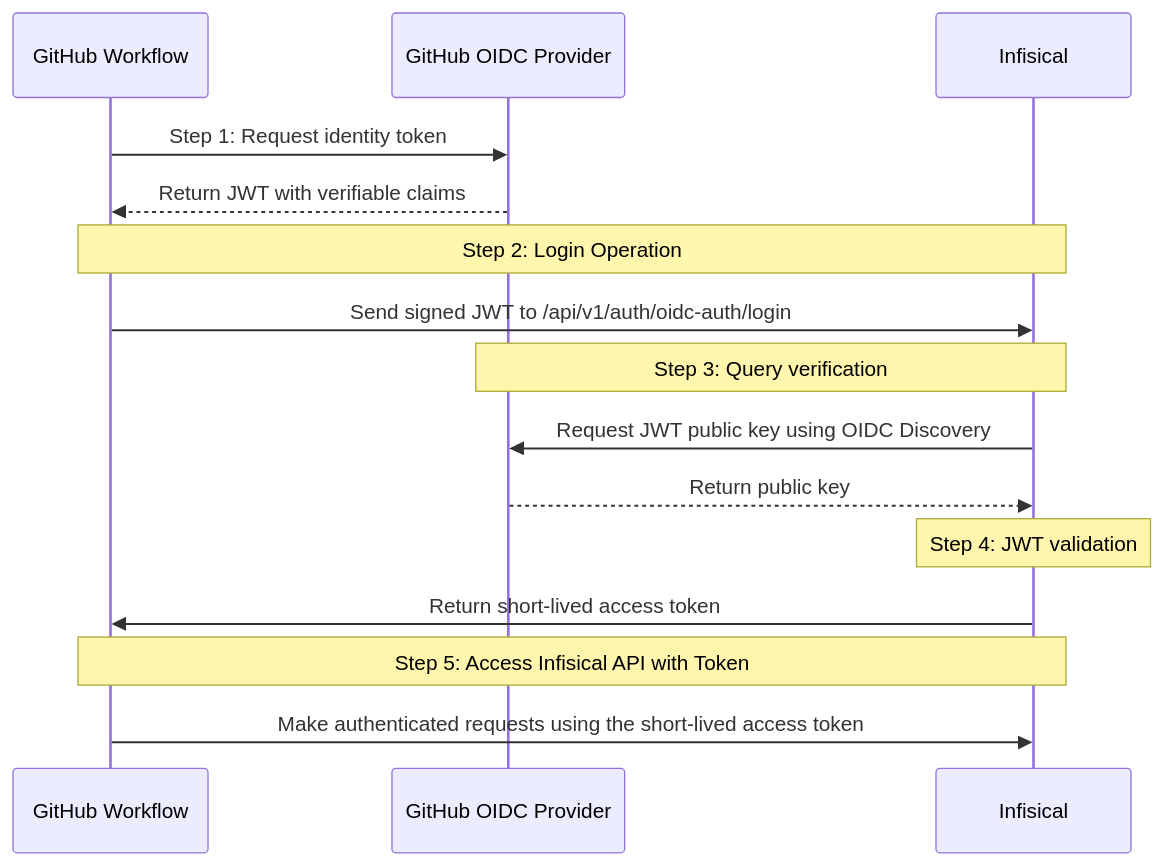
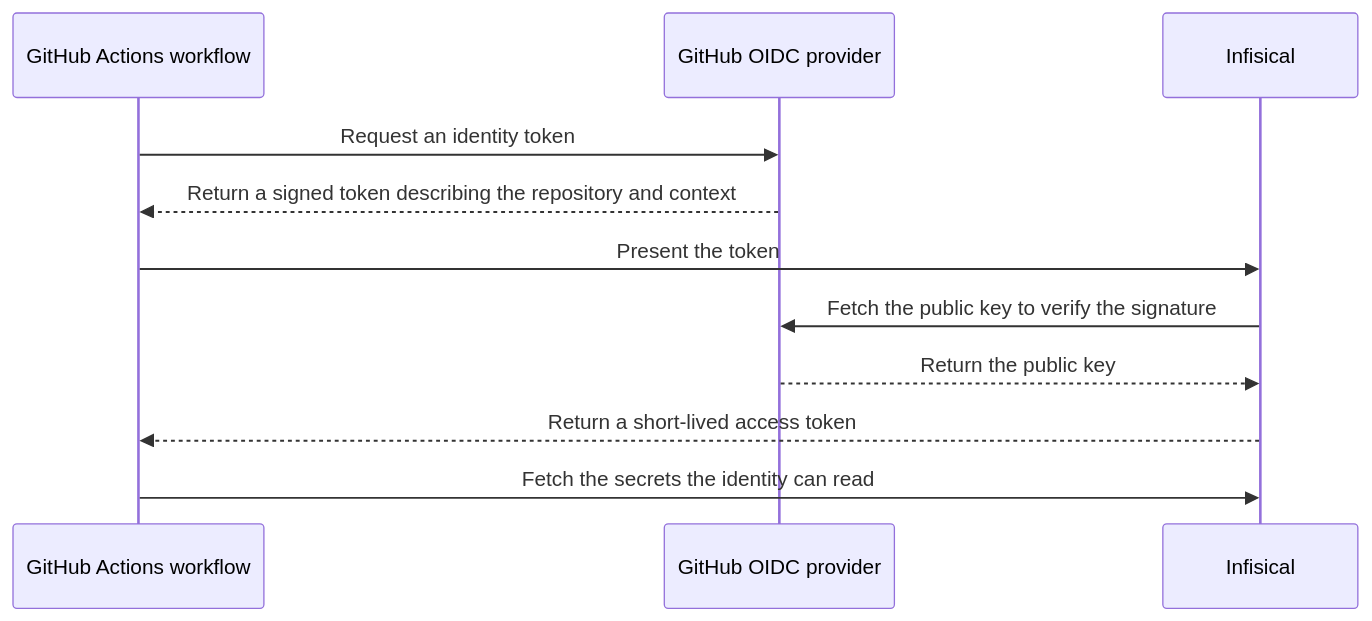
The first of 2 diagrams in docs/integrations/cicd/githubactions.mdx (Infisical/infisical), drawn with Mermaid before and after one commit. The commit also changed other lines of this file, not shown here.

Commit message:
docs(secrets-mgmt): overhaul github actions guide

````diff
--- a/docs/integrations/cicd/githubactions.mdx
+++ b/docs/integrations/cicd/githubactions.mdx
@@ -30,22 +40,14 @@
-```mermaid
-sequenceDiagram
-  participant Client as GitHub Workflow
-  participant Idp as GitHub OIDC Provider
-  participant Infis as Infisical
+      ```mermaid
+      sequenceDiagram
+        participant Workflow as GitHub Actions workflow
+        participant GitHub as GitHub OIDC provider
+        participant Infisical
 
-  Client->>Idp: Step 1: Request identity token
-  Idp-->>Client: Return JWT with verifiable claims
-
-  Note over Client,Infis: Step 2: Login Operation
-  Client->>Infis: Send signed JWT to /api/v1/auth/oidc-auth/login
-
-  Note over Infis,Idp: Step 3: Query verification
-  Infis->>Idp: Request JWT public key using OIDC Discovery
-  Idp-->>Infis: Return public key
-
-  Note over Infis: Step 4: JWT validation
-  Infis->>Client: Return short-lived access token
-
-  Note over Client,Infis: Step 5: Access Infisical API with Token
-  Client->>Infis: Make authenticated requests using the short-lived access token
-```
+        Workflow->>GitHub: Request an identity token
+        GitHub-->>Workflow: Return a signed token describing the repository and context
+        Workflow->>Infisical: Present the token
+        Infisical->>GitHub: Fetch the public key to verify the signature
+        GitHub-->>Infisical: Return the public key
+        Infisical-->>Workflow: Return a short-lived access token
+        Workflow->>Infisical: Fetch the secrets the identity can read
+      ```
````
